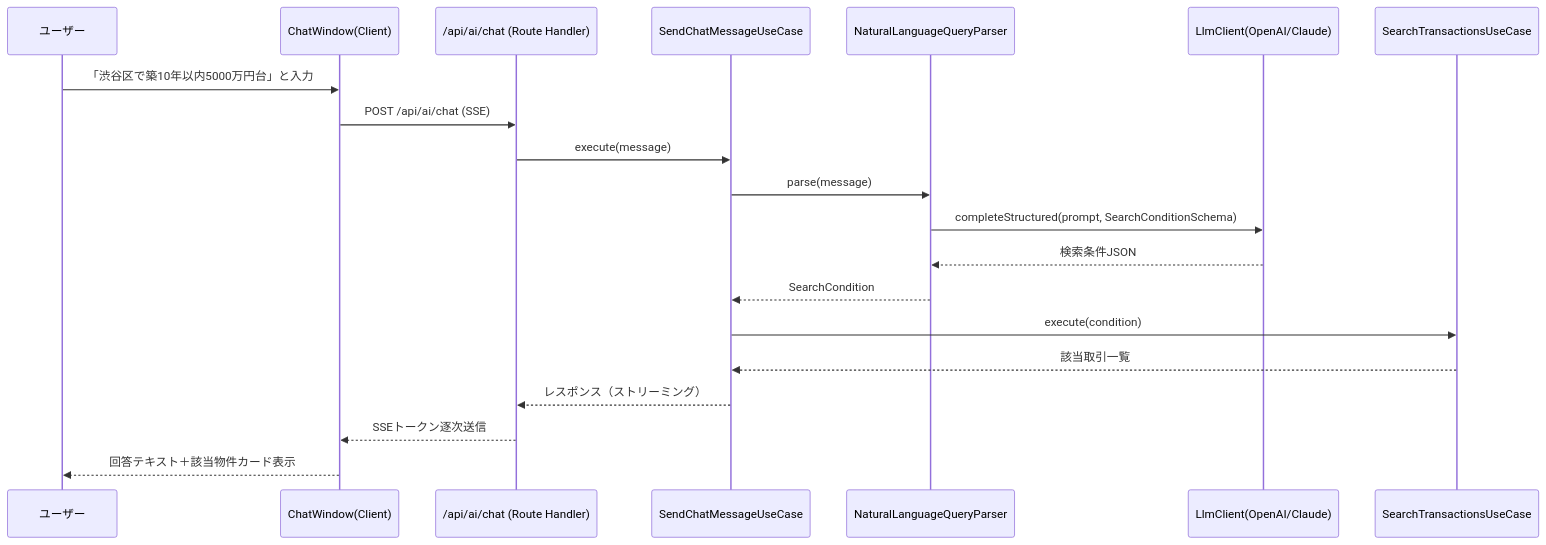
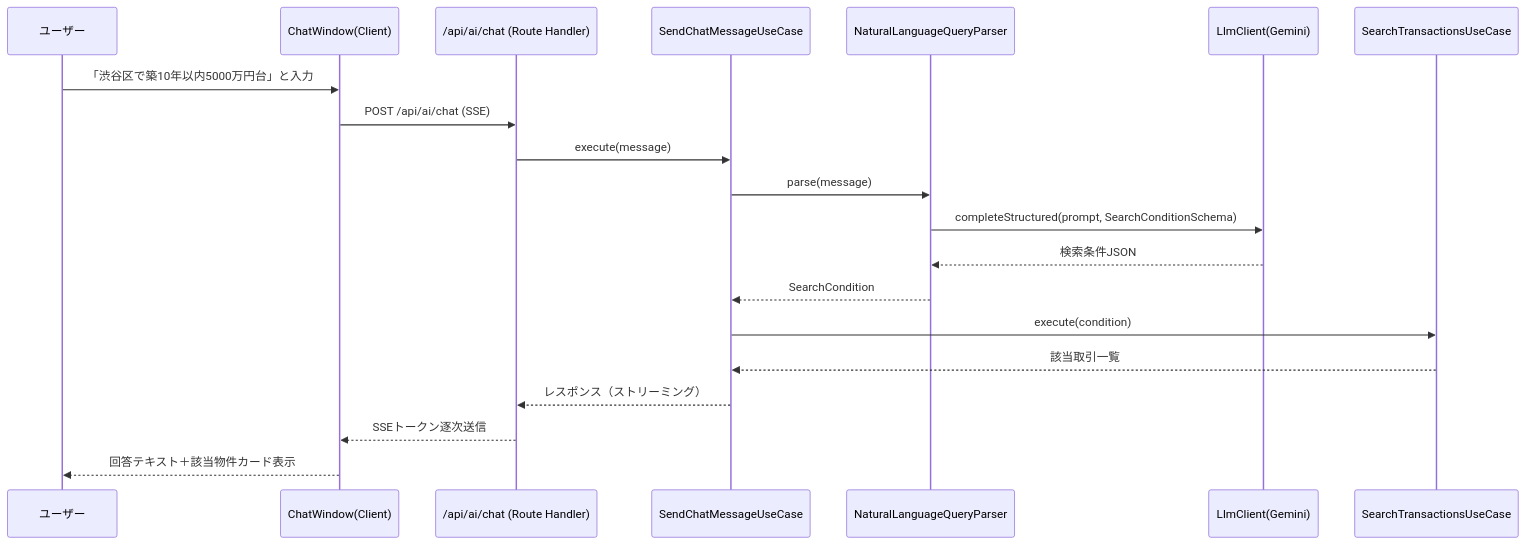
Before and after one commit to skyley0501-pixel/realestate-market-dashboard: the third of 3 diagrams in docs/design.md, drawn with Mermaid. The commit also changed other lines of this file and 7 other files, not shown here.

First line of the commit message:
feat(conversation): add LlmClient abstraction with Gemini adapter

````diff
--- a/docs/design.md
+++ b/docs/design.md
@@ -557,23 +569,23 @@
 ```mermaid
 sequenceDiagram
     participant U as ユーザー
     participant Chat as ChatWindow(Client)
     participant API as /api/ai/chat (Route Handler)
     participant UC as SendChatMessageUseCase
     participant Parser as NaturalLanguageQueryParser
-    participant Llm as LlmClient(OpenAI/Claude)
+    participant Llm as LlmClient(Gemini)
     participant TxUC as SearchTransactionsUseCase
 
     U->>Chat: 「渋谷区で築10年以内5000万円台」と入力
     Chat->>API: POST /api/ai/chat (SSE)
     API->>UC: execute(message)
     UC->>Parser: parse(message)
     Parser->>Llm: completeStructured(prompt, SearchConditionSchema)
     Llm-->>Parser: 検索条件JSON
     Parser-->>UC: SearchCondition
     UC->>TxUC: execute(condition)
     TxUC-->>UC: 該当取引一覧
     UC-->>API: レスポンス（ストリーミング）
     API-->>Chat: SSEトークン逐次送信
     Chat-->>U: 回答テキスト＋該当物件カード表示
 ```
````
